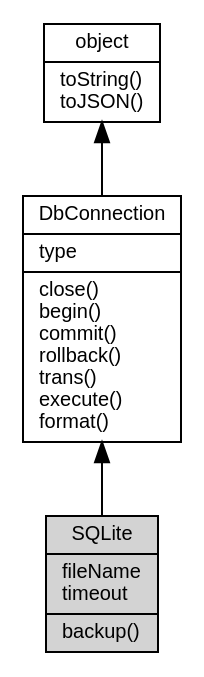
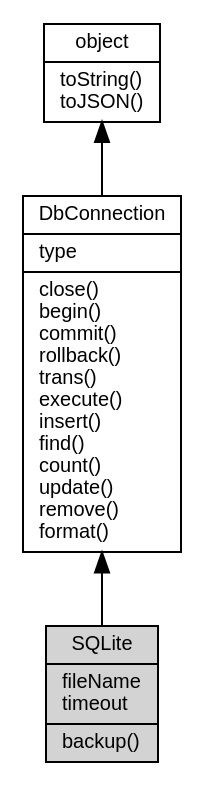
Before and after one commit to fibjs/fibjs.org: the diagram in docs/manual/object/ifs/SQLite.md, drawn with Graphviz. The commit also changed other lines of this file and 205 other files, not shown here.

````diff
--- a/docs/manual/object/ifs/SQLite.md
+++ b/docs/manual/object/ifs/SQLite.md
@@ -11,12 +11,12 @@
 ```dot
 digraph {
     node [fontname="Helvetica,sans-Serif", fontsize=10, shape="record", style="filled", fillcolor="white"];
 
     object [tooltip="object", URL="object.md", label="{object|toString()\ltoJSON()\l}"];
-    DbConnection [tooltip="DbConnection", URL="DbConnection.md", label="{DbConnection|type\l|close()\lbegin()\lcommit()\lrollback()\ltrans()\lexecute()\lformat()\l}"];
+    DbConnection [tooltip="DbConnection", URL="DbConnection.md", label="{DbConnection|type\l|close()\lbegin()\lcommit()\lrollback()\ltrans()\lexecute()\linsert()\lfind()\lcount()\lupdate()\lremove()\lformat()\l}"];
     SQLite [tooltip="SQLite", fillcolor="lightgray", id="me", label="{SQLite|fileName\ltimeout\l|backup()\l}"];
 
     object -> DbConnection [dir=back];
     DbConnection -> SQLite [dir=back];
 }
 ```
````
